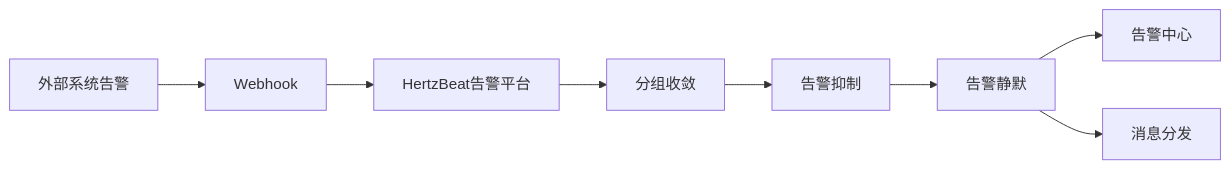
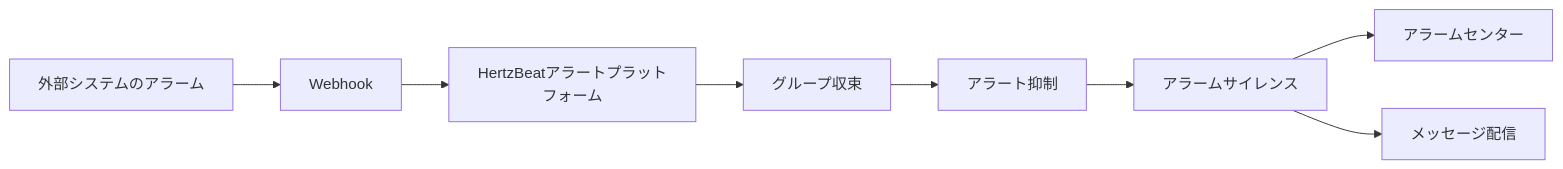
The diagram in web-app/src/assets/doc/alert-integration/webhook.ja-JP.md (apache/hertzbeat), drawn with Mermaid before and after one commit. The commit also changed other lines of this file and 3 other files, not shown here.

````diff
--- a/web-app/src/assets/doc/alert-integration/webhook.ja-JP.md
+++ b/web-app/src/assets/doc/alert-integration/webhook.ja-JP.md
@@ -82,10 +56,10 @@
 ```mermaid
 graph LR
-    A[外部系统告警] --> B[Webhook]
-    B --> C[HertzBeat告警平台]
-    C --> D[分组收敛]
-    D --> E[告警抑制]
-    E --> F[告警静默]
-    F --> G[告警中心]
-    F --> H[消息分发]
+    A[外部システムのアラーム] --> B[Webhook]
+    B --> C[HertzBeatアラートプラットフォーム]
+    C --> D[グループ収束]
+    D --> E[アラート抑制]
+    E --> F[アラームサイレンス]
+    F --> G[アラームセンター]
+    F --> H[メッセージ配信]
 ```
````
